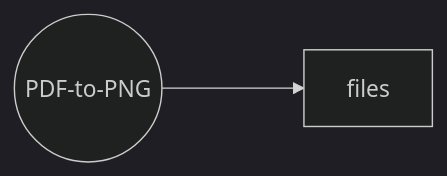
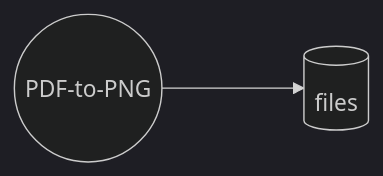
Before and after one commit to Wilhelmine21/Wilhelmine21: the fifth of 10 diagrams in README.md, drawn with Mermaid (dark theme). The commit also changed other lines of this file, not shown here.

````diff
--- a/README.md
+++ b/README.md
@@ -51,4 +58,4 @@
 ```mermaid
 graph LR;
-PDF-to-PNG((PDF-to-PNG)) ---> files
+PDF-to-PNG((PDF-to-PNG)) ---> files[(files)]
 ```
````
